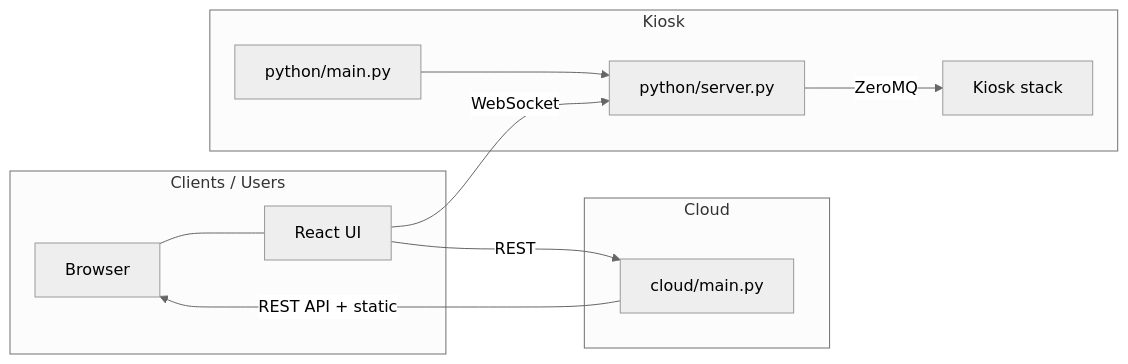
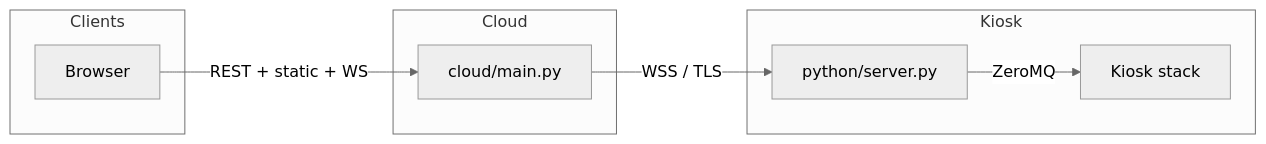
One commit to keyme/kiosk-control-panel changed the diagram in README.md. Above: the diagram before and after it, drawn with Mermaid (neutral theme). The commit also changed other lines of this file, not shown here.

Commit message:
docs: update README to clarify architecture

````diff
--- a/README.md
+++ b/README.md
@@ -11,20 +9,15 @@
 ```mermaid
 flowchart LR
-  subgraph clients [Clients / Users]
+  subgraph clients [Clients]
     Browser[Browser]
-    ReactUI[React UI]
-    Browser --- ReactUI
   end
   subgraph cloud [Cloud]
     CloudMain[cloud/main.py]
-    CloudMain -->|REST API + static| Browser
   end
   subgraph kiosk [Kiosk]
-    PyMain[python/main.py]
     Server[python/server.py]
-    PyMain --> Server
     Server -->|ZeroMQ| Stack[Kiosk stack]
   end
-  ReactUI -->|WebSocket| Server
-  ReactUI -->|REST| CloudMain
+  Browser -->|REST + static + WS| CloudMain
+  CloudMain -->|WSS / TLS| Server
 ```
````
